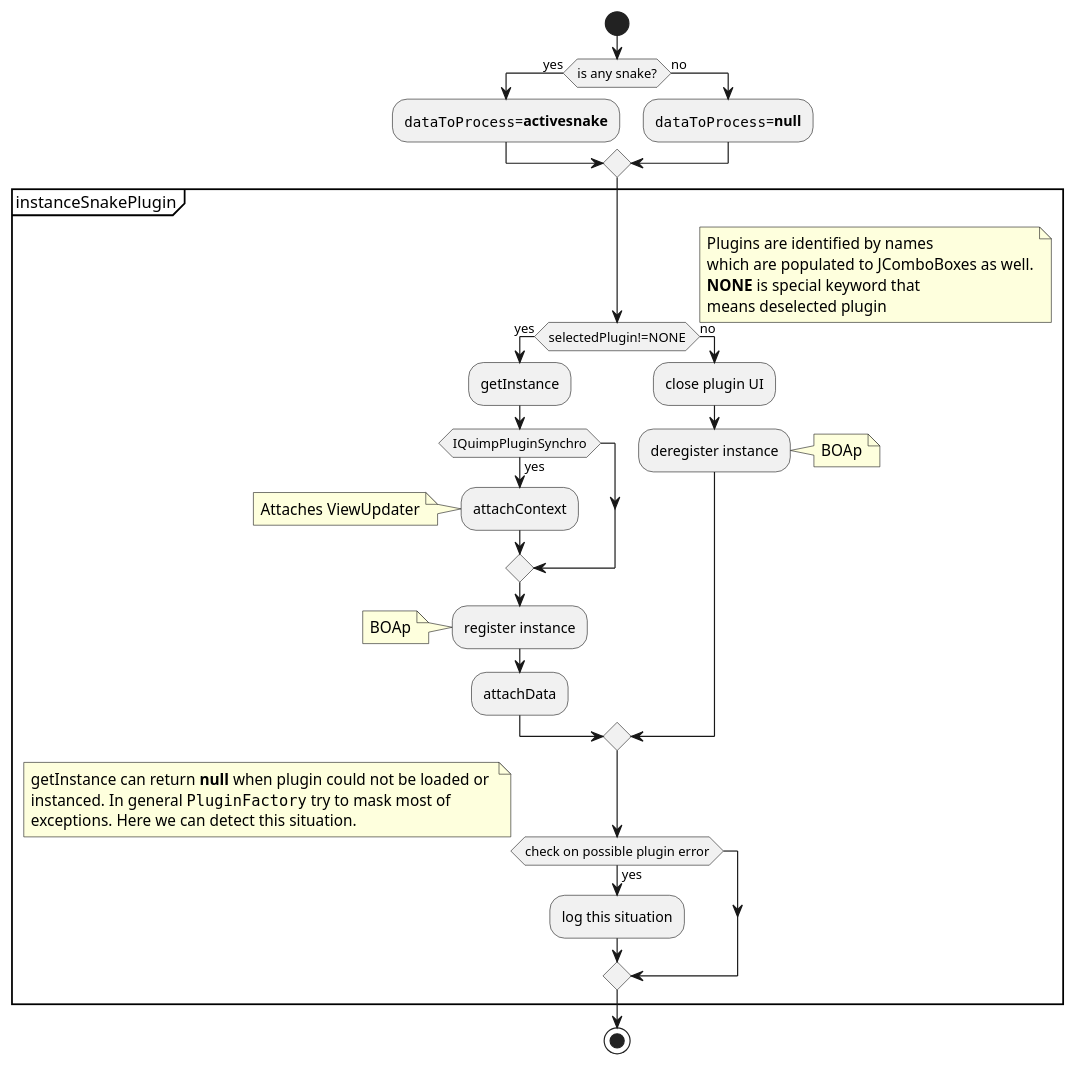
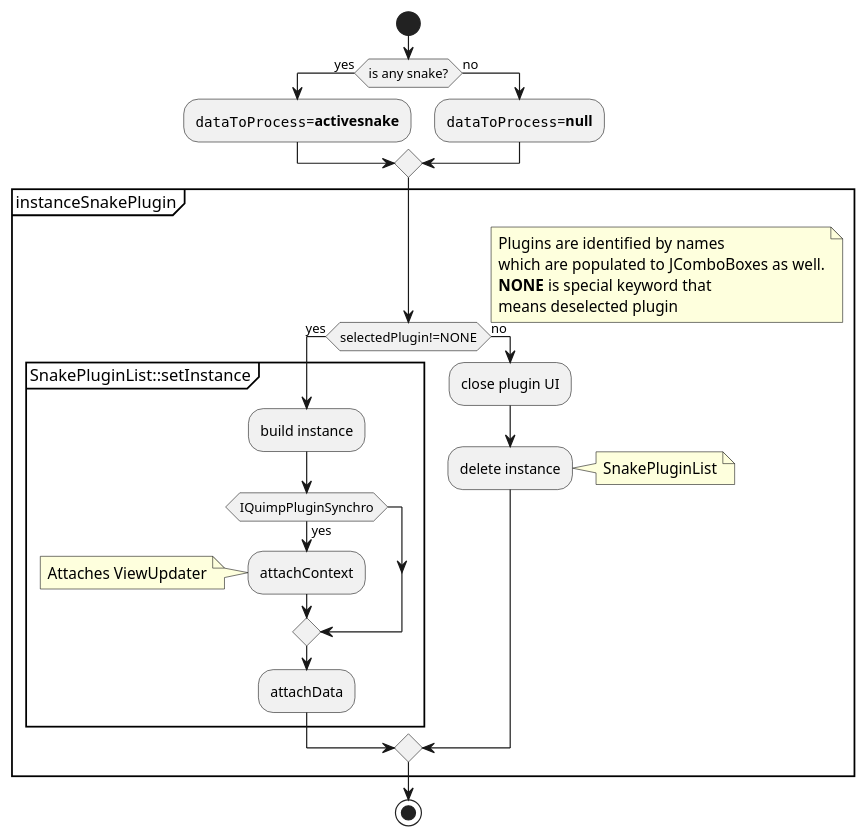
Before and after one commit to CellDynamics/QuimP: the fifth of 8 diagrams in Doxygen_doc/SnakePlugin.md, drawn with PlantUML. The commit also changed other lines of this file and 7 other files, not shown here.

```diff
--- a/Doxygen_doc/SnakePlugin.md
+++ b/Doxygen_doc/SnakePlugin.md
@@ -242,39 +379,31 @@
 @startuml
 start
 if (is any snake?) then (yes)
     :""dataToProcess""=**activesnake**;
 else (no)
     :""dataToProcess""=**null**;
 endif
 partition instanceSnakePlugin {
 if (selectedPlugin!=NONE) then (yes)
-:getInstance;
-if (IQuimpPluginSynchro) then (yes)
-:attachContext;
-note left :Attaches ViewUpdater
-endif
-:register instance;
-note left: BOAp
-:attachData;
+partition SnakePluginList::setInstance {
+    :build instance;
+    if (IQuimpPluginSynchro) then (yes)
+    :attachContext;
+    note left :Attaches ViewUpdater
+    endif
+    :attachData;
+    }
 else (no)
 note right
 Plugins are identified by names
 which are populated to JComboBoxes as well.
 **NONE** is special keyword that
 means deselected plugin
 end note
 :close plugin UI;
-:deregister instance;
-note right: BOAp
+:delete instance;
+note right: SnakePluginList
 endif
-if (check on possible plugin error) then (yes)
-:log this situation;
-endif
-note right
-getInstance can return **null** when plugin could not be loaded or 
-instanced. In general ""PluginFactory"" try to mask most of 
-exceptions. Here we can detect this situation.
-end note
 }
 stop
 @enduml
```
